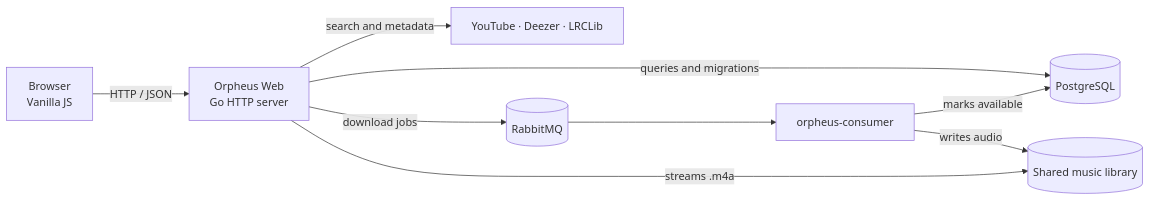
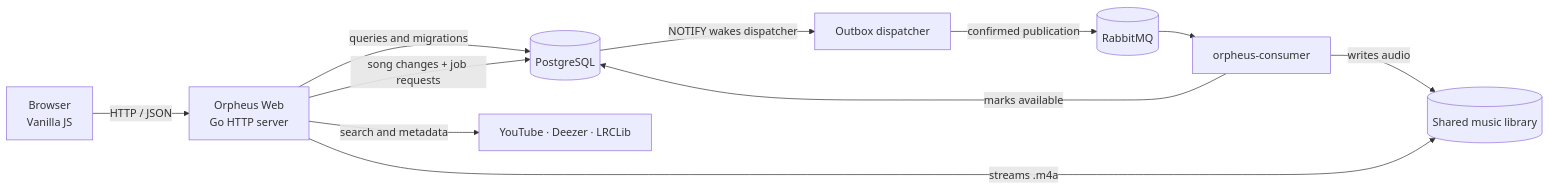
The diagram in README.md (tanmay-e-patil/orpheus-web), drawn with Mermaid before and after one commit. The commit also changed other lines of this file and 43 other files, not shown here.

First line of the commit message:
feat(outbox): schedule song jobs transactionally

````diff
--- a/README.md
+++ b/README.md
@@ -7,11 +7,13 @@
 ```mermaid
 flowchart LR
     Browser[Browser\nVanilla JS] -->|HTTP / JSON| App[Orpheus Web\nGo HTTP server]
     App -->|queries and migrations| DB[(PostgreSQL)]
     App -->|search and metadata| APIs[YouTube · Deezer · LRCLib]
-    App -->|download jobs| Queue[(RabbitMQ)]
+    App -->|song changes + job requests| DB
+    DB -->|NOTIFY wakes dispatcher| Dispatcher[Outbox dispatcher]
+    Dispatcher -->|confirmed publication| Queue[(RabbitMQ)]
     Queue --> Consumer[orpheus-consumer]
     Consumer -->|writes audio| Music[(Shared music library)]
     Consumer -->|marks available| DB
     App -->|streams .m4a| Music
 ```
````
